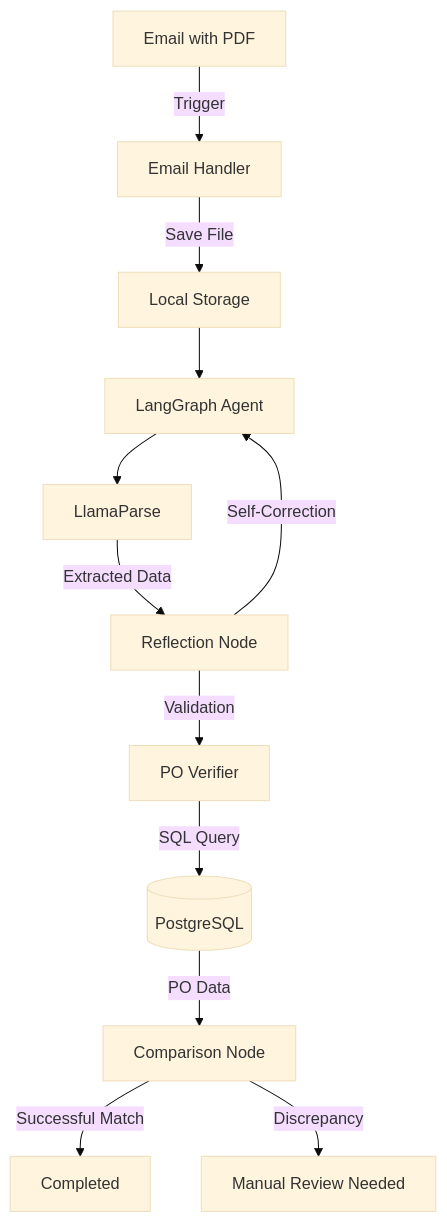
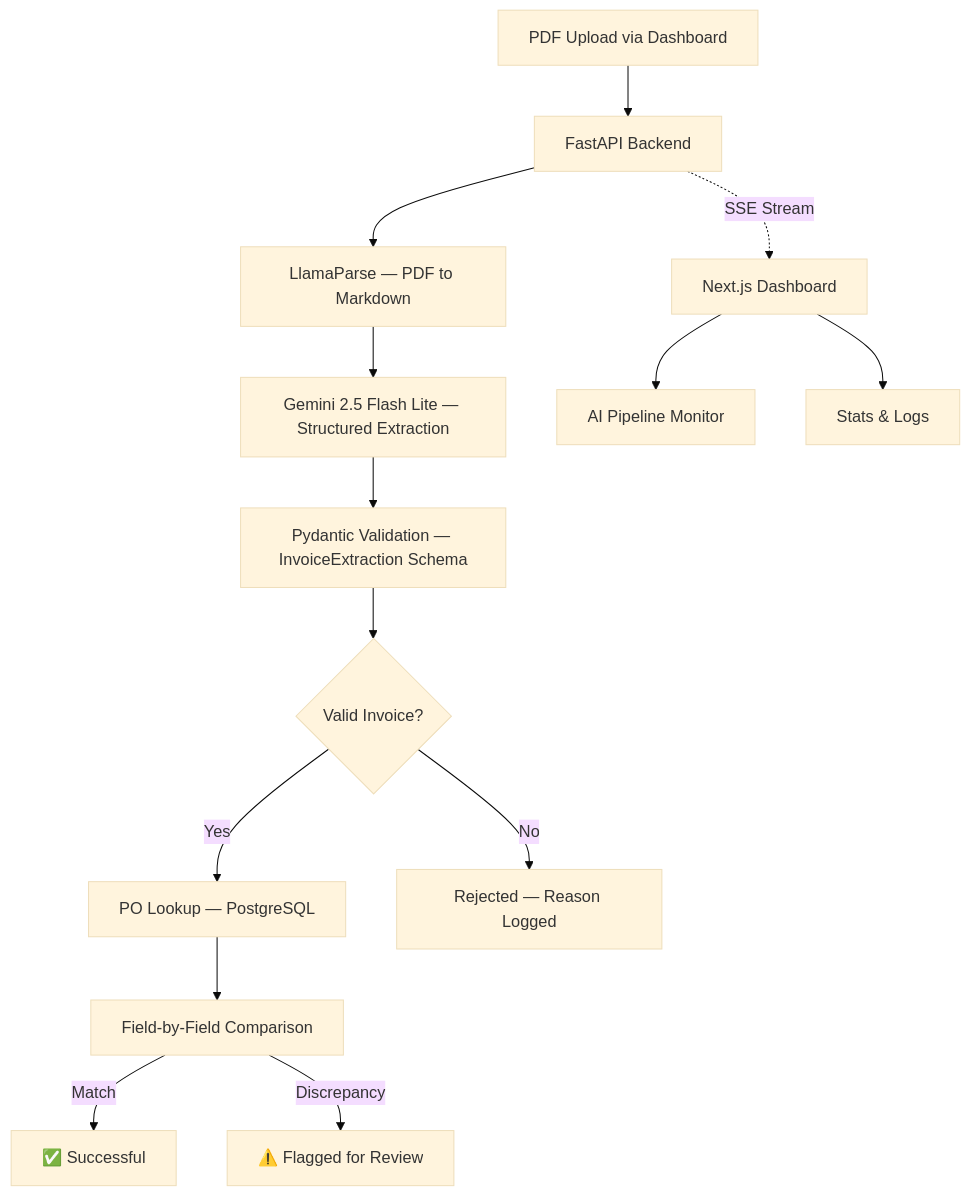
Before and after one commit to AnshaSarwar/Invoice_Processing_Agent: the diagram in README.md, drawn with Mermaid (base theme). The commit also changed other lines of this file, not shown here.

Commit message:
docs: fix README to reflect actual stack (Gemini, Next.js, FastAPI)

````diff
--- a/README.md
+++ b/README.md
@@ -18,14 +19,17 @@
 ```mermaid
 graph TD
-    A[Email with PDF] -->|Trigger| B[Email Handler]
-    B -->|Save File| C[Local Storage]
-    C --> D[LangGraph Agent]
-    D --> E[LlamaParse]
-    E -->|Extracted Data| F[Reflection Node]
-    F -->|Self-Correction| D
-    F -->|Validation| G[PO Verifier]
-    G -->|SQL Query| H[(PostgreSQL)]
-    H -->|PO Data| I[Comparison Node]
-    I -->|Successful Match| J[Completed]
-    I -->|Discrepancy| K[Manual Review Needed]
+    A[PDF Upload via Dashboard] --> B[FastAPI Backend]
+    B --> C[LlamaParse — PDF to Markdown]
+    C --> D[Gemini 2.5 Flash Lite — Structured Extraction]
+    D --> E[Pydantic Validation — InvoiceExtraction Schema]
+    E --> F{Valid Invoice?}
+    F -->|Yes| G[PO Lookup — PostgreSQL]
+    F -->|No| H[Rejected — Reason Logged]
+    G --> I[Field-by-Field Comparison]
+    I -->|Match| J[✅ Successful]
+    I -->|Discrepancy| K[⚠️ Flagged for Review]
+    
+    B -.->|SSE Stream| L[Next.js Dashboard]
+    L --> M[AI Pipeline Monitor]
+    L --> N[Stats & Logs]
 ```
````
